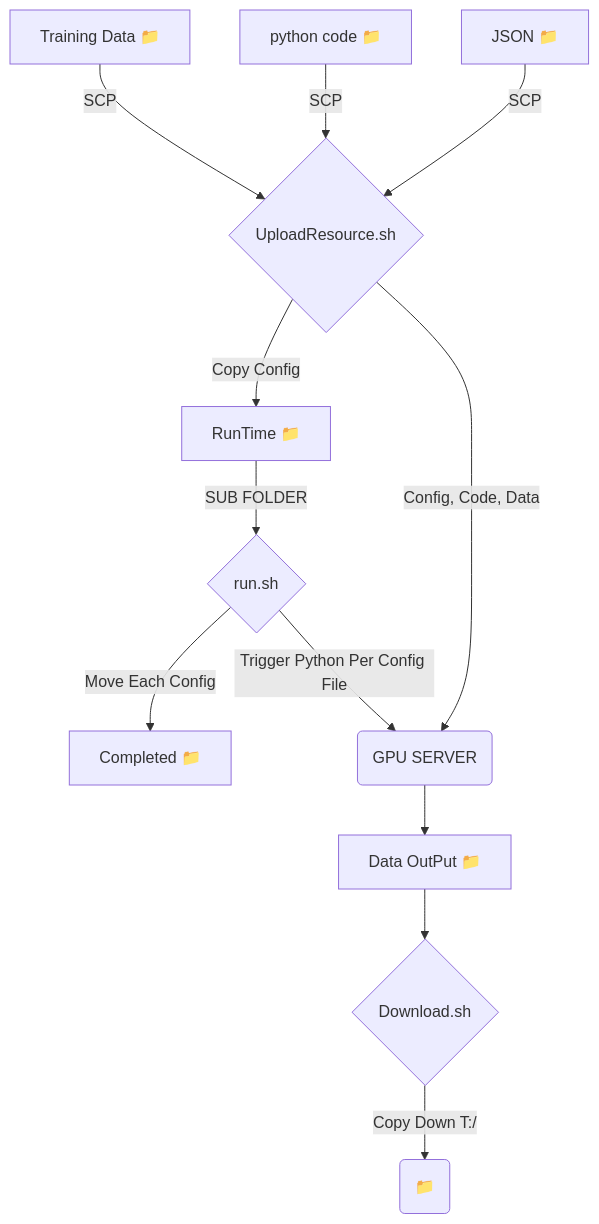
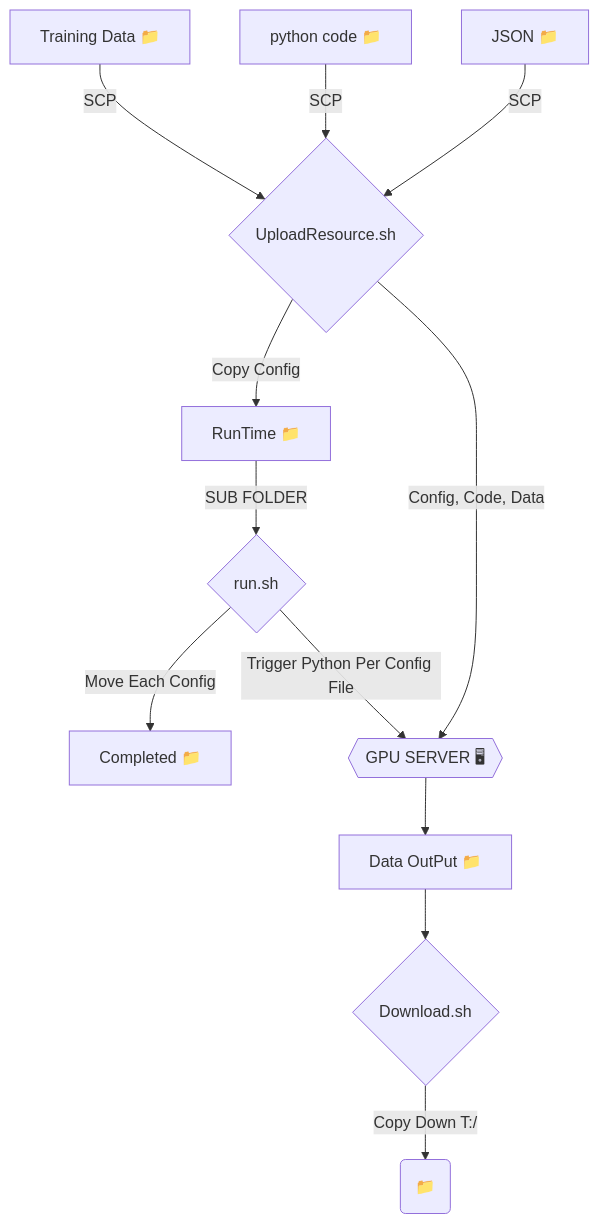
Before and after one commit to hung135/gpu_tasker: the diagram in flow_chart.md, drawn with Mermaid.

````diff
--- a/flow_chart.md
+++ b/flow_chart.md
@@ -2,22 +2,22 @@
 ```mermaid
 graph TD
     A["JSON #128193;"] -->|SCP| F
     B -->|SCP| F
     C -->|SCP| F   
     B["python code #128193;"]
     C["Training Data #128193;"]
     D["RunTime #128193;"] 
     E["Completed #128193;"]
     F{UploadResource.sh}-->|Config, Code, Data|G
     F -->|Copy Config|D
-    G(GPU SERVER)
+    G{{"GPU SERVER #128421;"}}
     H{run.sh}-->|Move Each Config|E 
     H-->|Trigger Python Per Config File|G 
     D -->|SUB FOLDER| H
     G-->II["Data OutPut #128193;"]-->I
     I{Download.sh}-->|"Copy Down T:/"|J
     J("#128193;")
     
     
     
 ```
````
